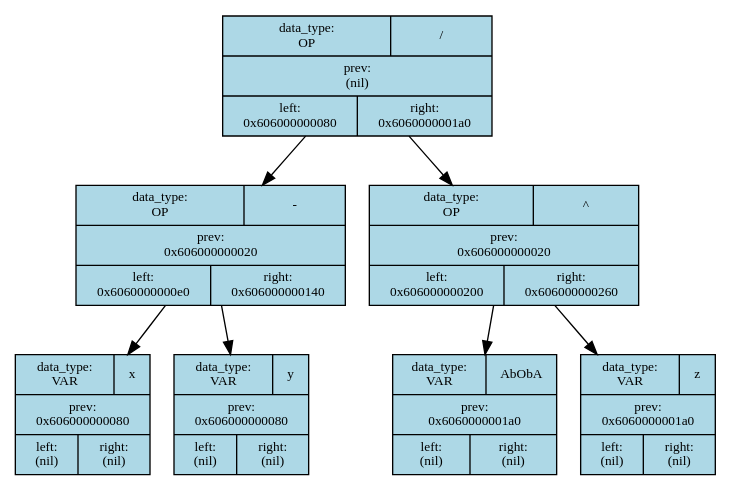
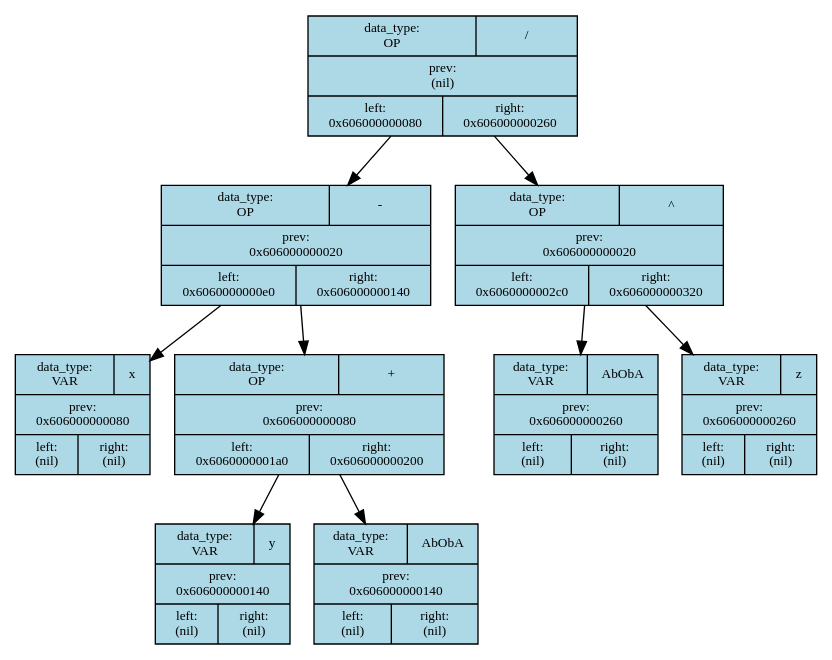
One commit to VladZg/Differentiator changed the diagram in TreeDump/TextForTreeDump.dot. Above: the diagram before and after it, drawn with Graphviz. The commit also changed 7 other files, not shown here.

```diff
--- a/TreeDump/TextForTreeDump.dot
+++ b/TreeDump/TextForTreeDump.dot
@@ -1,18 +1,22 @@
 digraph G{
     rankdir = TB;
     edge[ colour = black ];
     node[ colour = black, shape = rectangle, fontsize = 10 ];
-    node3 [shape = record, style = filled, fillcolor = lightblue, label = "{{ <data_type> data_type:\n OP | <data> / } | <prev> prev:\n(nil) | { <left> left:\n0x606000000080 | <right> right:\n0x6060000001a0 }}"];
+    node5 [shape = record, style = filled, fillcolor = lightblue, label = "{{ <data_type> data_type:\n OP | <data> / } | <prev> prev:\n(nil) | { <left> left:\n0x606000000080 | <right> right:\n0x606000000260 }}"];
     node1 [shape = record, style = filled, fillcolor = lightblue, label = "{{ <data_type> data_type:\n OP | <data> - } | <prev> prev:\n0x606000000020 | { <left> left:\n0x6060000000e0 | <right> right:\n0x606000000140 }}"];
     node0 [shape = record, style = filled, fillcolor = lightblue, label = "{{ <data_type> data_type:\n VAR | <data> x } | <prev> prev:\n0x606000000080 | { <left> left:\n(nil) | <right> right:\n(nil) }}"];
-    node2 [shape = record, style = filled, fillcolor = lightblue, label = "{{ <data_type> data_type:\n VAR | <data> y } | <prev> prev:\n0x606000000080 | { <left> left:\n(nil) | <right> right:\n(nil) }}"];
-    node5 [shape = record, style = filled, fillcolor = lightblue, label = "{{ <data_type> data_type:\n OP | <data> ^ } | <prev> prev:\n0x606000000020 | { <left> left:\n0x606000000200 | <right> right:\n0x606000000260 }}"];
-    node4 [shape = record, style = filled, fillcolor = lightblue, label = "{{ <data_type> data_type:\n VAR | <data> AbObA } | <prev> prev:\n0x6060000001a0 | { <left> left:\n(nil) | <right> right:\n(nil) }}"];
-    node6 [shape = record, style = filled, fillcolor = lightblue, label = "{{ <data_type> data_type:\n VAR | <data> z } | <prev> prev:\n0x6060000001a0 | { <left> left:\n(nil) | <right> right:\n(nil) }}"];
-    node3 -> node1;
+    node3 [shape = record, style = filled, fillcolor = lightblue, label = "{{ <data_type> data_type:\n OP | <data> + } | <prev> prev:\n0x606000000080 | { <left> left:\n0x6060000001a0 | <right> right:\n0x606000000200 }}"];
+    node2 [shape = record, style = filled, fillcolor = lightblue, label = "{{ <data_type> data_type:\n VAR | <data> y } | <prev> prev:\n0x606000000140 | { <left> left:\n(nil) | <right> right:\n(nil) }}"];
+    node4 [shape = record, style = filled, fillcolor = lightblue, label = "{{ <data_type> data_type:\n VAR | <data> AbObA } | <prev> prev:\n0x606000000140 | { <left> left:\n(nil) | <right> right:\n(nil) }}"];
+    node7 [shape = record, style = filled, fillcolor = lightblue, label = "{{ <data_type> data_type:\n OP | <data> ^ } | <prev> prev:\n0x606000000020 | { <left> left:\n0x6060000002c0 | <right> right:\n0x606000000320 }}"];
+    node6 [shape = record, style = filled, fillcolor = lightblue, label = "{{ <data_type> data_type:\n VAR | <data> AbObA } | <prev> prev:\n0x606000000260 | { <left> left:\n(nil) | <right> right:\n(nil) }}"];
+    node8 [shape = record, style = filled, fillcolor = lightblue, label = "{{ <data_type> data_type:\n VAR | <data> z } | <prev> prev:\n0x606000000260 | { <left> left:\n(nil) | <right> right:\n(nil) }}"];
+    node5 -> node1;
     node1 -> node0;
-    node1 -> node2;
-    node5 -> node4;
-    node5 -> node6;
-    node3 -> node5;
+    node3 -> node2;
+    node3 -> node4;
+    node1 -> node3;
+    node7 -> node6;
+    node7 -> node8;
+    node5 -> node7;
 }
```
